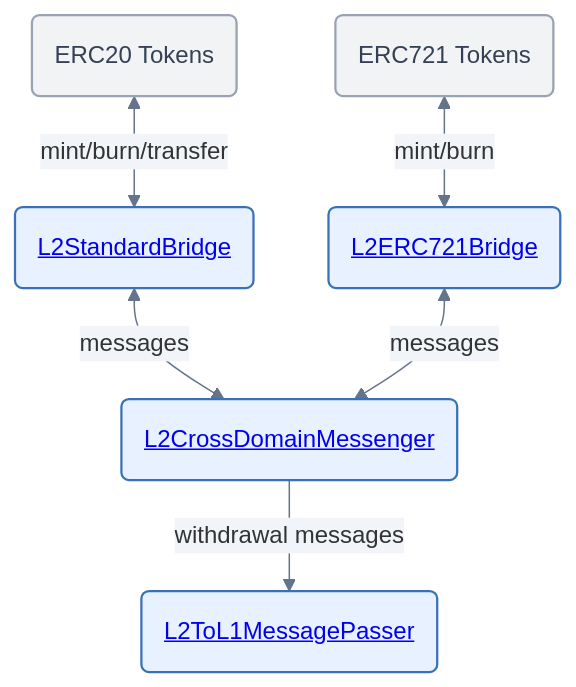
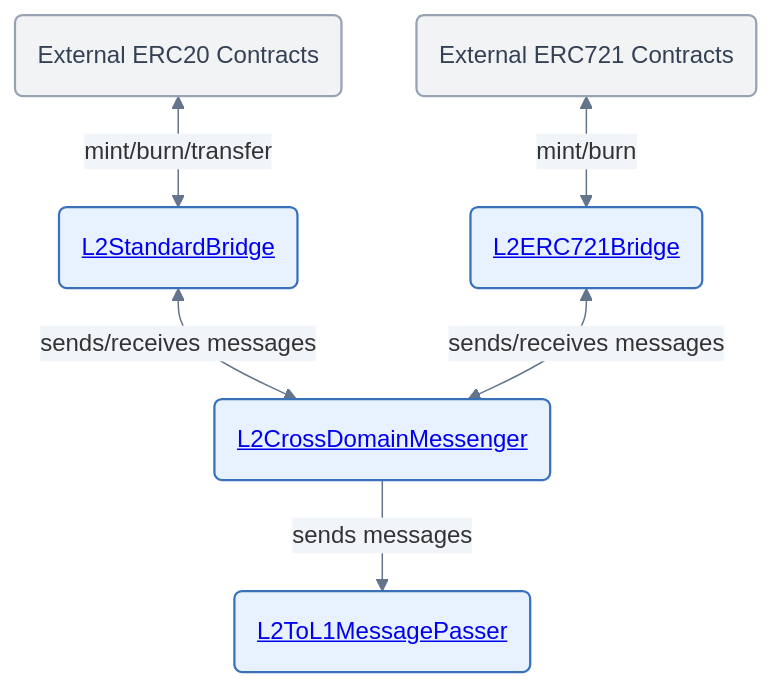
One commit to ethereum-optimism/specs changed the fourth of 7 diagrams in specs/protocol/overview.md. Above: the diagram before and after it, drawn with Mermaid. The commit also changed other lines of this file, not shown here.

````diff
--- a/specs/protocol/overview.md
+++ b/specs/protocol/overview.md
@@ -180,21 +189,21 @@
 ```mermaid
 %%{init: {"theme": "base", "themeVariables": {"lineColor": "#64748b", "edgeLabelBackground": "#f1f5f9"}, "themeCSS": ".nodeLabel a { color: inherit !important; }"}}%%
 graph TB
-    ExternalERC20(ERC20 Tokens)
-    ExternalERC721(ERC721 Tokens)
+    ExternalERC20(External ERC20 Contracts)
+    ExternalERC721(External ERC721 Contracts)
     L2StandardBridge(<a href="./predeploys.html#l2standardbridge">L2StandardBridge</a>)
     L2ERC721Bridge(<a href="./predeploys.html">L2ERC721Bridge</a>)
     L2CrossDomainMessenger(<a href="./predeploys.html#l2crossdomainmessenger">L2CrossDomainMessenger</a>)
     L2ToL1MessagePasser(<a href="./predeploys.html#l2tol1messagepasser">L2ToL1MessagePasser</a>)
 
     ExternalERC20 <-->|mint/burn/transfer| L2StandardBridge
     ExternalERC721 <-->|mint/burn| L2ERC721Bridge
-    L2StandardBridge <-->|messages| L2CrossDomainMessenger
-    L2ERC721Bridge <-->|messages| L2CrossDomainMessenger
-    L2CrossDomainMessenger -->|withdrawal messages| L2ToL1MessagePasser
+    L2StandardBridge <-->|sends/receives messages| L2CrossDomainMessenger
+    L2ERC721Bridge <-->|sends/receives messages| L2CrossDomainMessenger
+    L2CrossDomainMessenger -->|sends messages| L2ToL1MessagePasser
 
     classDef proxy fill:#e8f1ff,stroke:#3971b8,color:#17375e,stroke-width:1.5px;
     classDef other fill:#f1f3f5,stroke:#98a2b3,color:#344054,stroke-width:1.5px;
     class L2StandardBridge,L2ERC721Bridge,L2CrossDomainMessenger,L2ToL1MessagePasser proxy;
     class ExternalERC20,ExternalERC721 other;
 ```
````
